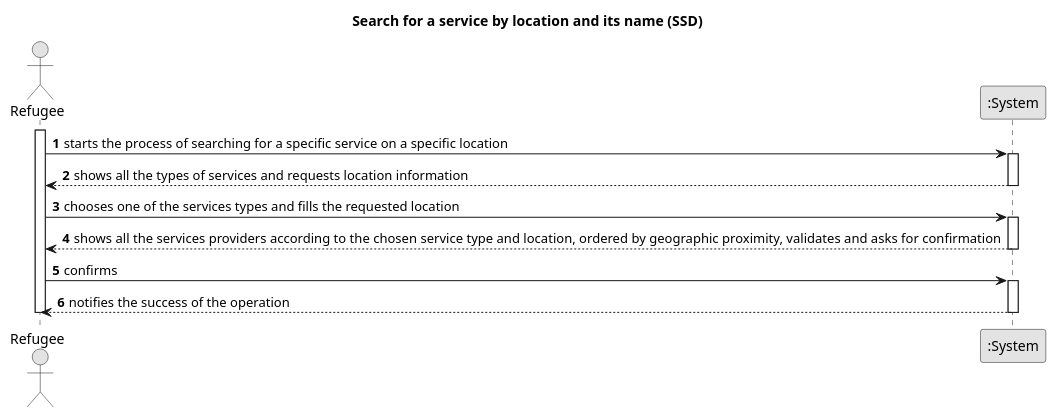
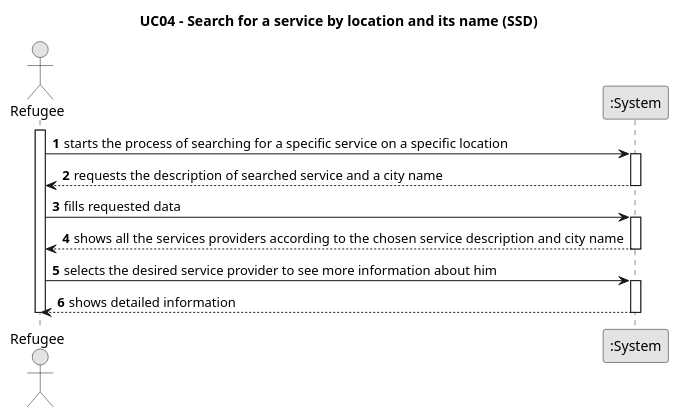
Before and after one commit to Chirano/GladlyGiven: the diagram in javaSprint2GladlyGiven/Docs/UseCases/uc04/us04-SSD.puml, drawn with PlantUML. The commit also changed 49 other files, not shown here.

```diff
--- a/javaSprint2GladlyGiven/Docs/UseCases/uc04/us04-SSD.puml
+++ b/javaSprint2GladlyGiven/Docs/UseCases/uc04/us04-SSD.puml
@@ -1,31 +1,31 @@
 @startuml
 'https://plantuml.com/sequence-diagram
 
 skinparam monochrome true
 skinparam packageStyle rectangle
 skinparam shadowing false
 
-title Search for a service by location and its name (SSD)
+title UC04 - Search for a service by location and its name (SSD)
 
 autonumber
 
 actor Refugee
 participant ":System" as System
 
 activate Refugee
     Refugee -> System : starts the process of searching for a specific service on a specific location
     activate System
-        System --> Refugee : shows all the types of services and requests location information
+        System --> Refugee : requests the description of searched service and a city name
     deactivate System
 
-    Refugee -> System : chooses one of the services types and fills the requested location
+    Refugee -> System : fills requested data
     activate System
-        System --> Refugee : shows all the services providers according to the chosen service type and location, ordered by geographic proximity, validates and asks for confirmation
+        System --> Refugee : shows all the services providers according to the chosen service description and city name
     deactivate System
 
-    Refugee -> System : confirms
+    Refugee -> System : selects the desired service provider to see more information about him
     activate System
-        System --> Refugee : notifies the success of the operation
+        System --> Refugee : shows detailed information
     deactivate System
 deactivate Refugee
 @enduml
```
